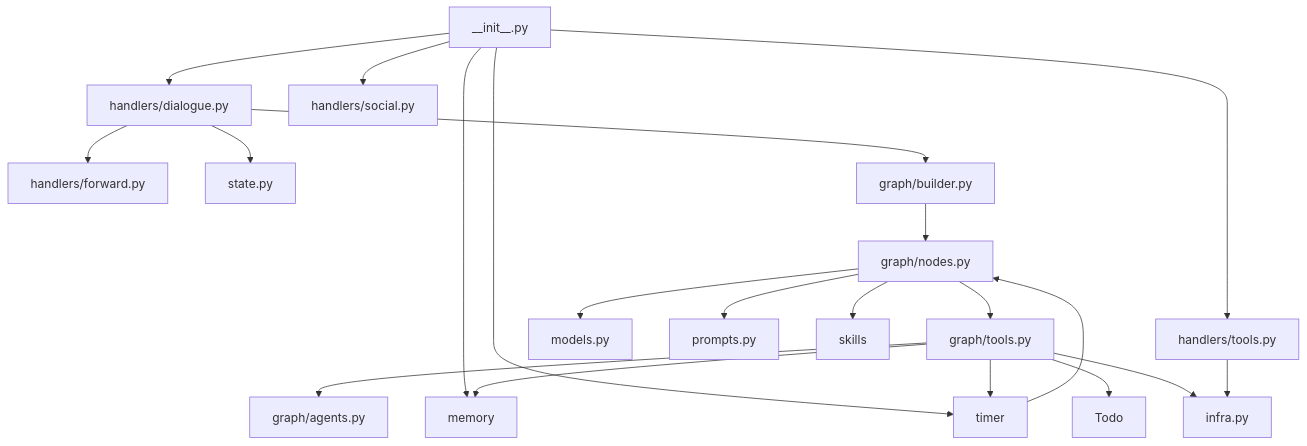
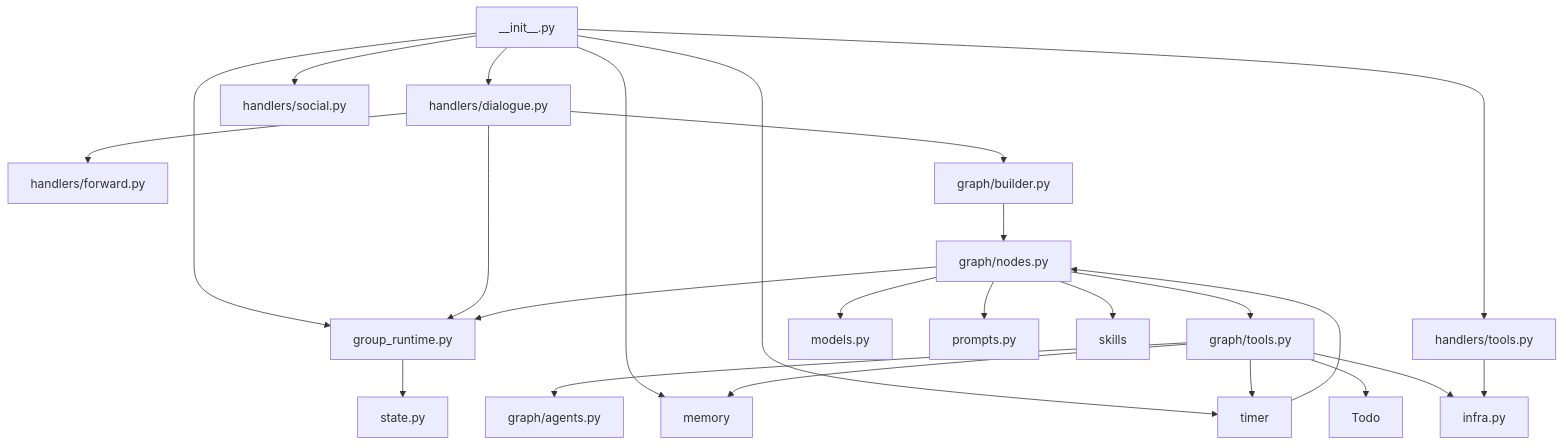
Before and after one commit to ATreep/hatsume-qq-bot: the tenth of 10 diagrams in docs/arch.md, drawn with Mermaid. The commit also changed other lines of this file and 78 other files, not shown here.

Commit message:
feat: isolate bot runtime by group

```diff
--- a/docs/arch.md
+++ b/docs/arch.md
@@ -586,23 +608,26 @@
 ~~~mermaid
 flowchart TD
     Entry[__init__.py] --> Dialogue[handlers/dialogue.py]
     Entry --> Commands[handlers/tools.py]
     Entry --> Social[handlers/social.py]
     Entry --> Memory[memory]
     Entry --> Timer[timer]
+    Entry --> Registry[group_runtime.py]
     Dialogue --> Forward[handlers/forward.py]
-    Dialogue --> State[state.py]
+    Dialogue --> Registry
+    Registry --> State[state.py]
     Dialogue --> Builder[graph/builder.py]
     Builder --> Nodes[graph/nodes.py]
     Nodes --> Tools[graph/tools.py]
     Nodes --> Models[models.py]
     Nodes --> Prompts[prompts.py]
     Nodes --> Skills[skills]
+    Nodes --> Registry
     Tools --> Agents[graph/agents.py]
     Tools --> Memory
     Tools --> Timer
     Tools --> Todo
     Tools --> Infra[infra.py]
     Timer --> Nodes
     Commands --> Infra
 ~~~
```
